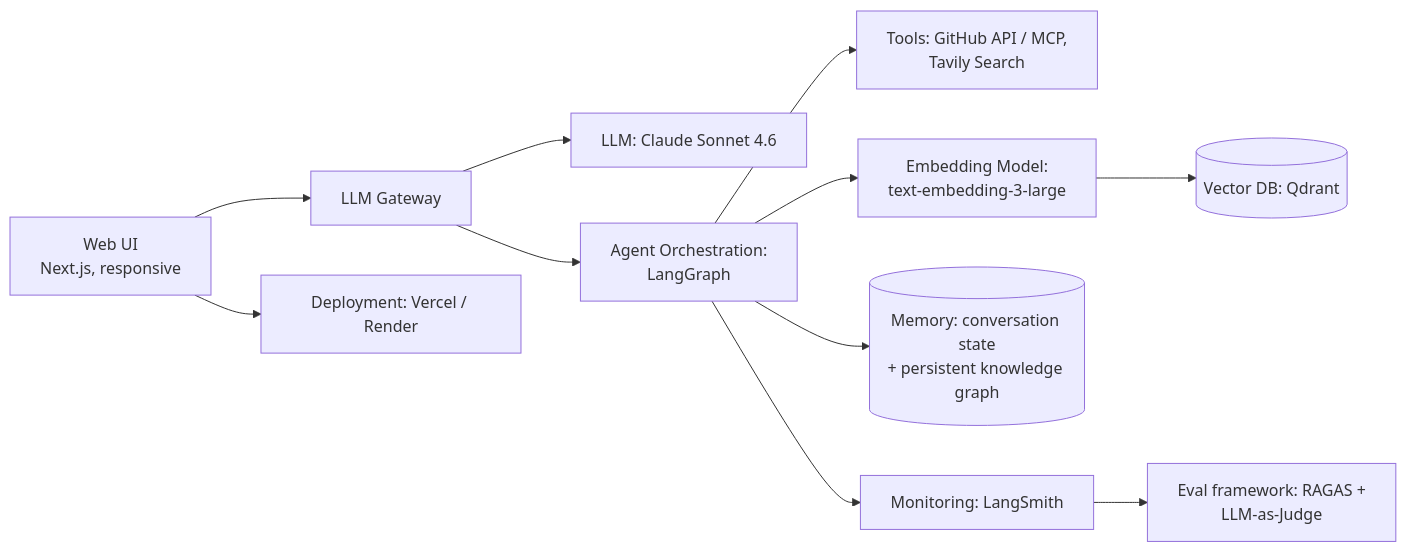
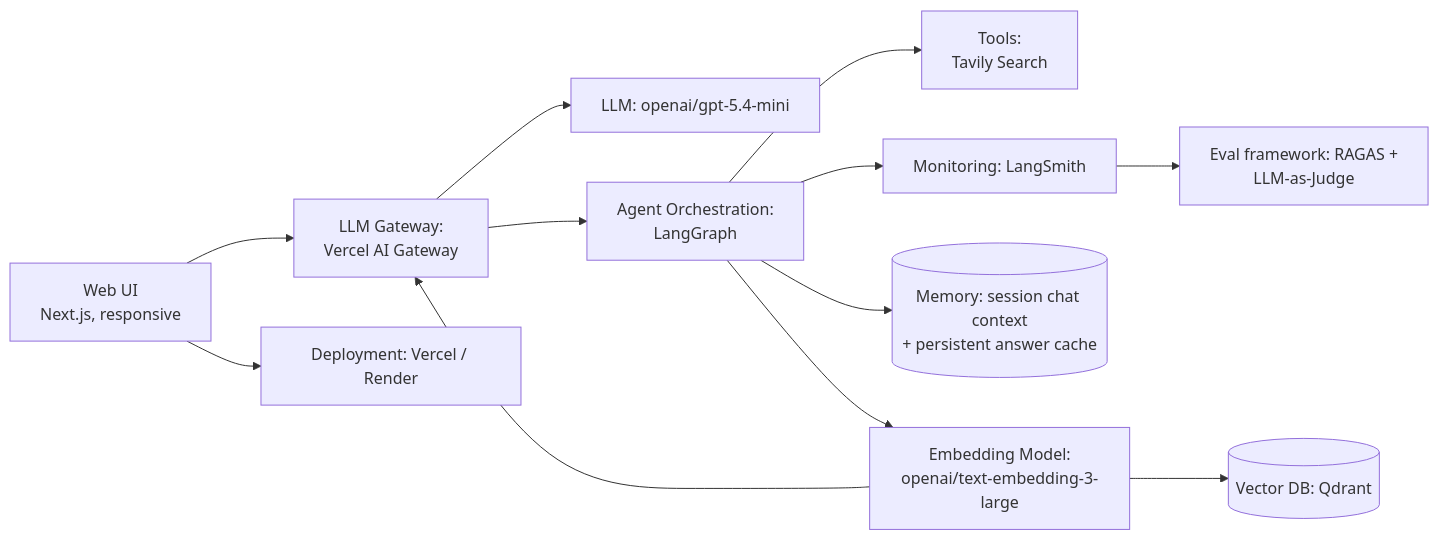
Before and after one commit to zhiying1106/maven-ai-training-repo: the second of 3 diagrams in The-AI-Engineering-Certification-v1.0/Certificate_Challenge/Project_Documentations.md, drawn with Mermaid. The commit also changed other lines of this file and 2 other files, not shown here.

````diff
--- a/The-AI-Engineering-Certification-v1.0/Certificate_Challenge/Project_Documentations.md
+++ b/The-AI-Engineering-Certification-v1.0/Certificate_Challenge/Project_Documentations.md
@@ -76,13 +76,14 @@
 ```mermaid
 flowchart LR
-    UI[Web UI<br/>Next.js, responsive] --> GW[LLM Gateway]
-    GW --> LLM[LLM: Claude Sonnet 4.6]
+    UI[Web UI<br/>Next.js, responsive] --> GW[LLM Gateway:<br/>Vercel AI Gateway]
+    GW --> LLM[LLM: openai/gpt-5.4-mini]
     GW --> Orch[Agent Orchestration:<br/>LangGraph]
-    Orch --> Tools[Tools: GitHub API / MCP,<br/>Tavily Search]
-    Orch --> Embed[Embedding Model:<br/>text-embedding-3-large]
+    Orch --> Tools[Tools: <br/>Tavily Search]
+    Orch --> Embed[Embedding Model:<br/>openai/text-embedding-3-large]
+    Embed --> GW
     Embed --> VDB[(Vector DB: Qdrant)]
-    Orch --> Mem[(Memory: conversation state<br/>+ persistent knowledge graph)]
+    Orch --> Mem[(Memory: session chat context<br/>+ persistent answer cache)]
     Orch --> Mon[Monitoring: LangSmith]
     Mon --> Eval[Eval framework: RAGAS +<br/>LLM-as-Judge]
     UI --> Deploy[Deployment: Vercel / Render]
 ```
````
